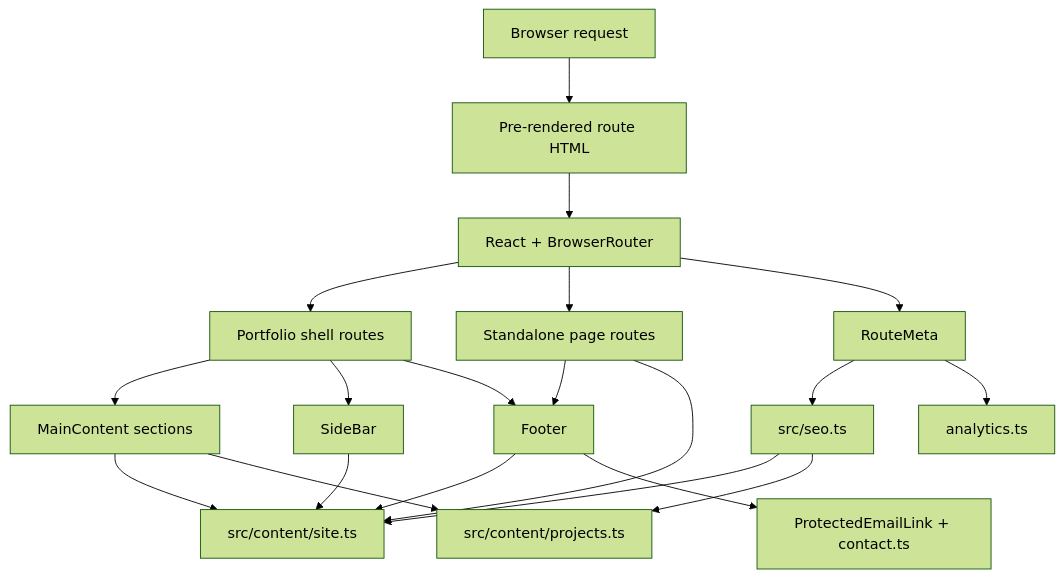
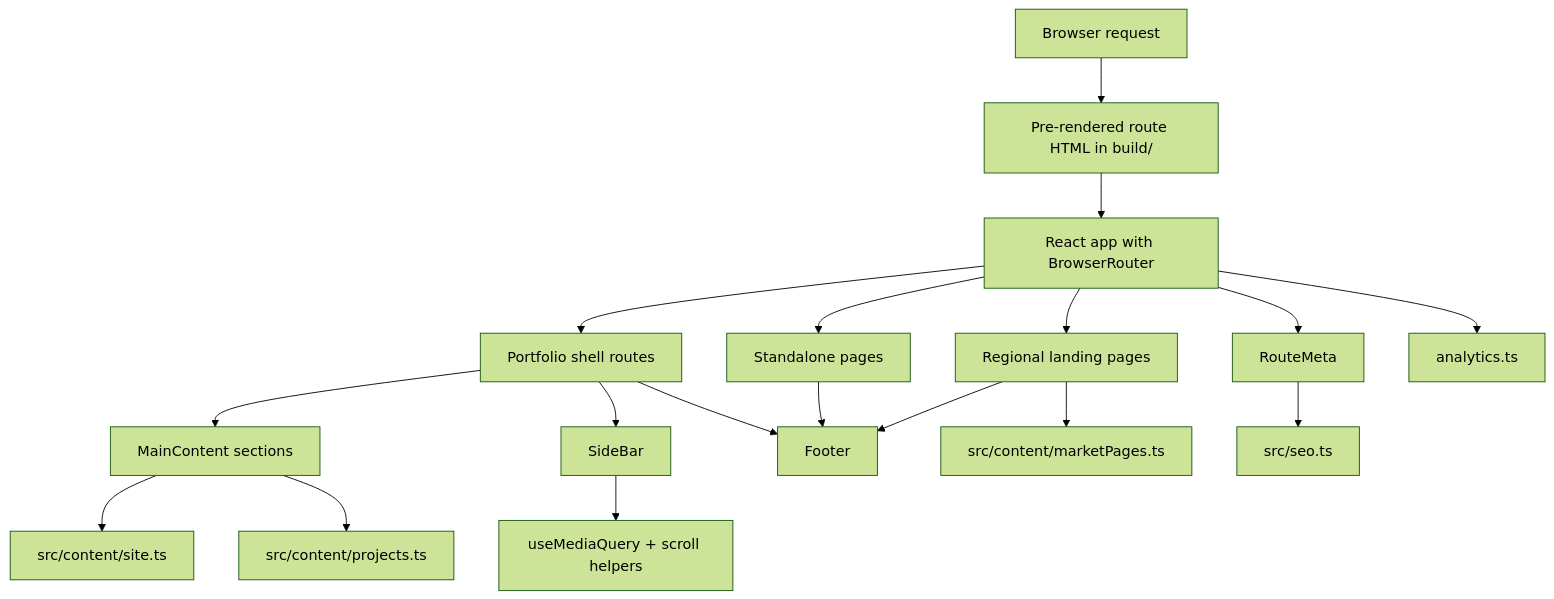
Before and after one commit to WenziLikes/Portfolio: the diagram in docs/architecture.md, drawn with Mermaid (forest theme). The commit also changed other lines of this file and 9 other files, not shown here.

````diff
--- a/docs/architecture.md
+++ b/docs/architecture.md
@@ -17,22 +18,20 @@
 ```mermaid
 flowchart TD
-    A["Browser request"] --> B["Pre-rendered route HTML"]
-    B --> C["React + BrowserRouter"]
+    A["Browser request"] --> B["Pre-rendered route HTML in build/"]
+    B --> C["React app with BrowserRouter"]
     C --> D["Portfolio shell routes"]
-    C --> E["Standalone page routes"]
-    D --> F["MainContent sections"]
-    D --> G["SideBar"]
-    D --> H["Footer"]
-    E --> H
-    C --> I["RouteMeta"]
-    F --> J["src/content/site.ts"]
-    F --> K["src/content/projects.ts"]
-    I --> N["src/seo.ts"]
-    N --> J
-    N --> K
-    G --> J
-    H --> J
-    E --> J
-    H --> L["ProtectedEmailLink + contact.ts"]
-    I --> M["analytics.ts"]
+    C --> E["Standalone pages"]
+    C --> F["Regional landing pages"]
+    D --> G["MainContent sections"]
+    D --> H["SideBar"]
+    D --> I["Footer"]
+    E --> I
+    F --> I
+    C --> J["RouteMeta"]
+    G --> K["src/content/site.ts"]
+    G --> L["src/content/projects.ts"]
+    F --> M["src/content/marketPages.ts"]
+    J --> N["src/seo.ts"]
+    H --> O["useMediaQuery + scroll helpers"]
+    C --> P["analytics.ts"]
 ```
````
